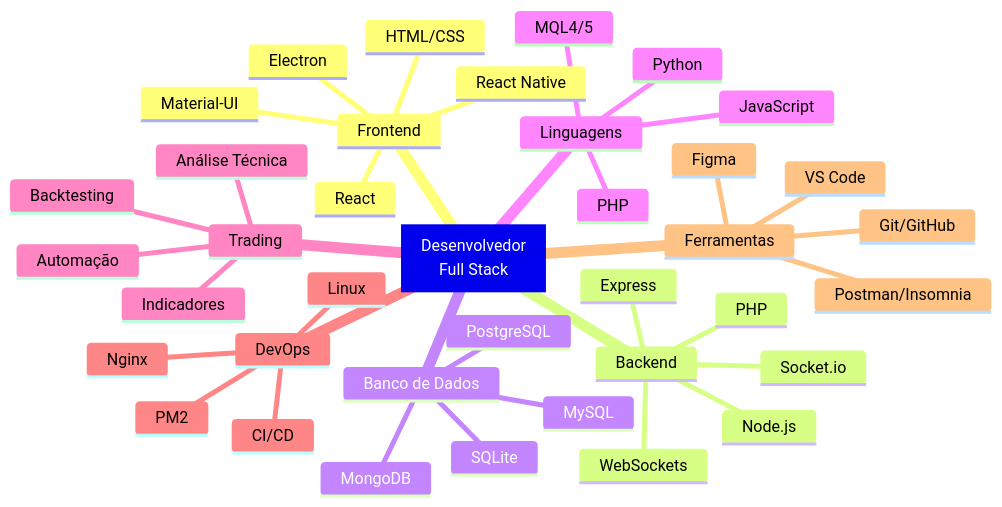
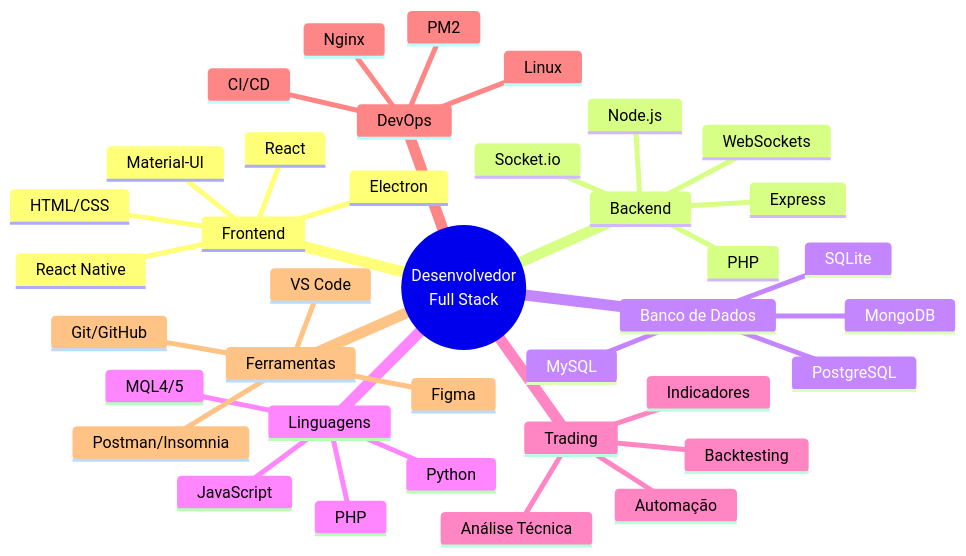
One commit to AlesonPungirum/AlesonPungirum changed the first of 4 diagrams in README.md. Above: the diagram before and after it, drawn with Mermaid.

````diff
--- a/README.md
+++ b/README.md
@@ -38,41 +38,41 @@
 ```mermaid
 mindmap
-  root["Desenvolvedor<br/>Full Stack"]
+  root((Desenvolvedor<br/>Full Stack))
     Frontend
       React
       React Native
       HTML/CSS
       Material-UI
       Electron
     Backend
       Node.js
       PHP
       Socket.io
       Express
       WebSockets
     Banco de Dados
       MySQL
       MongoDB
       SQLite
       PostgreSQL
     Linguagens
       JavaScript
       Python
       PHP
       MQL4/5
     Trading
       Análise Técnica
       Indicadores
       Backtesting
       Automação
     DevOps
       Linux
       Nginx
       PM2
       CI/CD
     Ferramentas
       VS Code
       Git/GitHub
       Postman/Insomnia
       Figma
 ```
````
